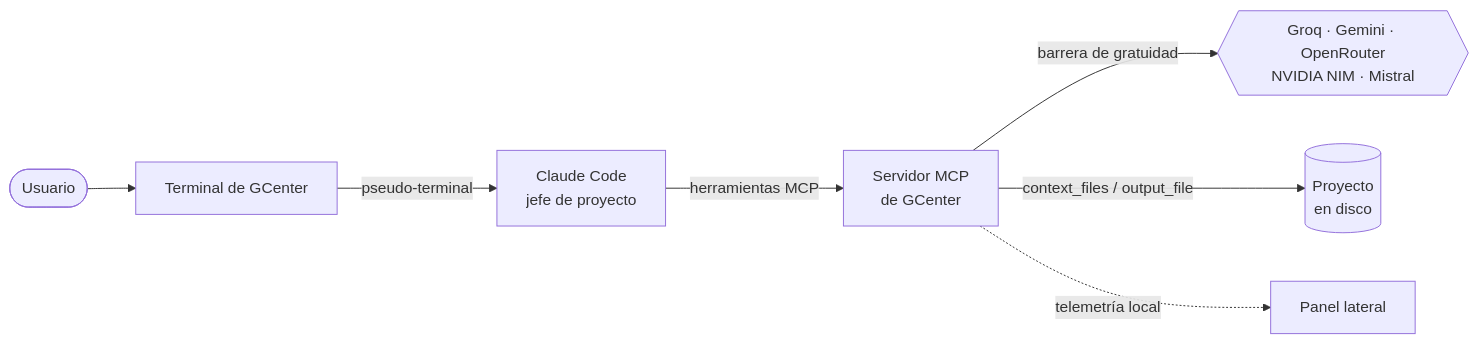
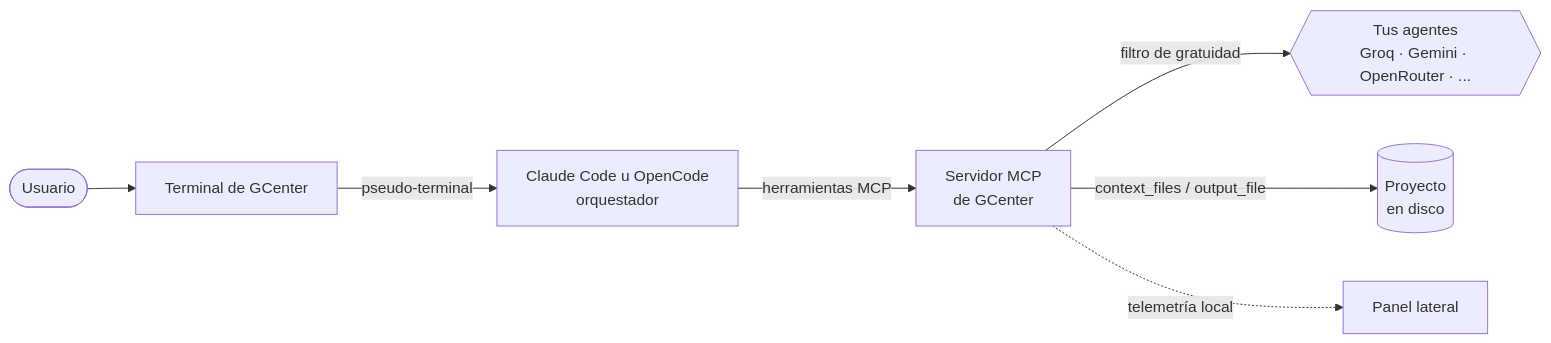
The diagram in README.md (toroc07/gcenter), drawn with Mermaid before and after one commit. The commit also changed other lines of this file and 3 other files, not shown here.

````diff
--- a/README.md
+++ b/README.md
@@ -81,9 +86,9 @@
 ```mermaid
 flowchart LR
     U([Usuario]) --> T[Terminal de GCenter]
-    T -->|pseudo-terminal| C[Claude Code<br/>jefe de proyecto]
+    T -->|pseudo-terminal| C[Claude Code u OpenCode<br/>orquestador]
     C -->|herramientas MCP| M[Servidor MCP<br/>de GCenter]
-    M -->|barrera de gratuidad| P{{Groq · Gemini · OpenRouter<br/>NVIDIA NIM · Mistral}}
+    M -->|filtro de gratuidad| P{{Tus agentes<br/>Groq · Gemini · OpenRouter · ...}}
     M -->|context_files / output_file| D[(Proyecto<br/>en disco)]
     M -. telemetría local .-> S[Panel lateral]
 ```
````
